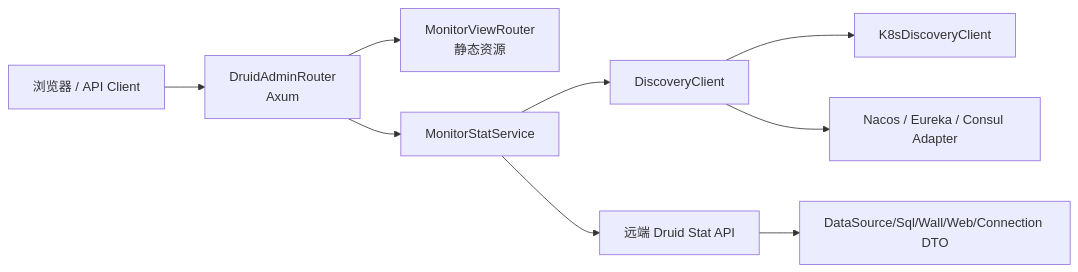
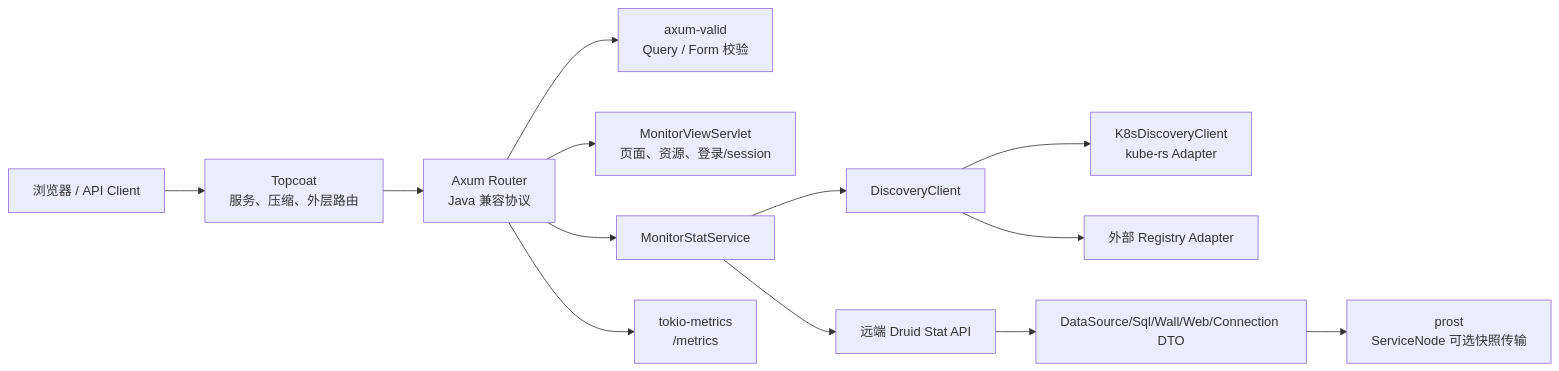
Before and after one commit to easy-4-rust/druid-rust: the first of 2 diagrams in docs/druid-admin/迁移路线图.md, drawn with Mermaid. The commit also changed other lines of this file and 196 other files, not shown here.

````diff
--- a/docs/druid-admin/迁移路线图.md
+++ b/docs/druid-admin/迁移路线图.md
@@ -17,11 +20,15 @@
 ```mermaid
 flowchart LR
-    Browser["浏览器 / API Client"] --> Router["DruidAdminRouter<br/>Axum"]
-    Router --> View["MonitorViewRouter<br/>静态资源"]
+    Browser["浏览器 / API Client"] --> Topcoat["Topcoat<br/>服务、压缩、外层路由"]
+    Topcoat --> Router["Axum Router<br/>Java 兼容协议"]
+    Router --> Valid["axum-valid<br/>Query / Form 校验"]
+    Router --> View["MonitorViewServlet<br/>页面、资源、登录/session"]
     Router --> Service["MonitorStatService"]
     Service --> Discovery["DiscoveryClient"]
-    Discovery --> K8s["K8sDiscoveryClient"]
-    Discovery --> Registry["Nacos / Eureka / Consul Adapter"]
+    Discovery --> K8s["K8sDiscoveryClient<br/>kube-rs Adapter"]
+    Discovery --> Registry["外部 Registry Adapter"]
     Service --> Remote["远端 Druid Stat API"]
     Remote --> Dto["DataSource/Sql/Wall/Web/Connection DTO"]
+    Router --> Metrics["tokio-metrics<br/>/metrics"]
+    Dto --> Transport["prost<br/>ServiceNode 可选快照传输"]
 ```
````
